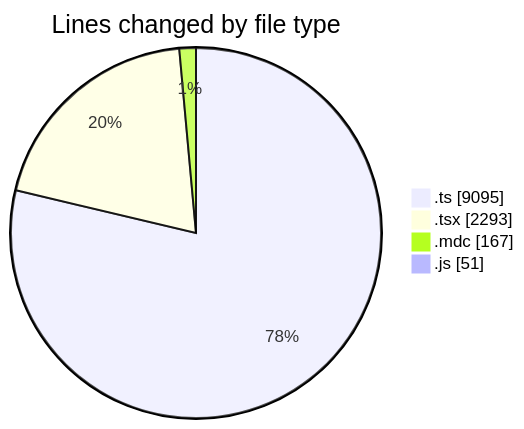
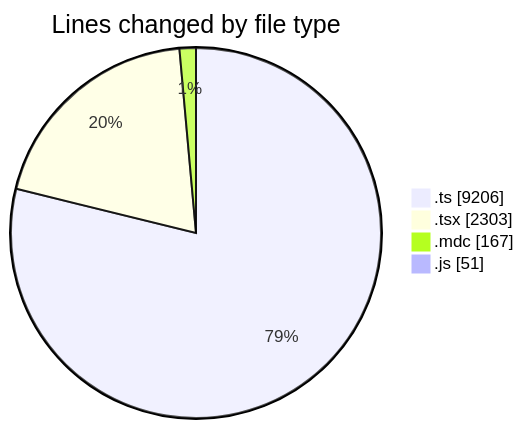
The first of 2 diagrams in 2025-06-06/ecodeli-1/README.md (CELIANVF/code-tracking), drawn with Mermaid before and after one commit. The commit also changed other lines of this file and 1 other file, not shown here.

````diff
--- a/2025-06-06/ecodeli-1/README.md
+++ b/2025-06-06/ecodeli-1/README.md
@@ -48,8 +48,8 @@
 ```mermaid
 pie showData
 title Lines changed by file type
-".ts" : 9095
-".tsx" : 2293
+".ts" : 9206
+".tsx" : 2303
 ".mdc" : 167
 ".js" : 51
 ```
````
